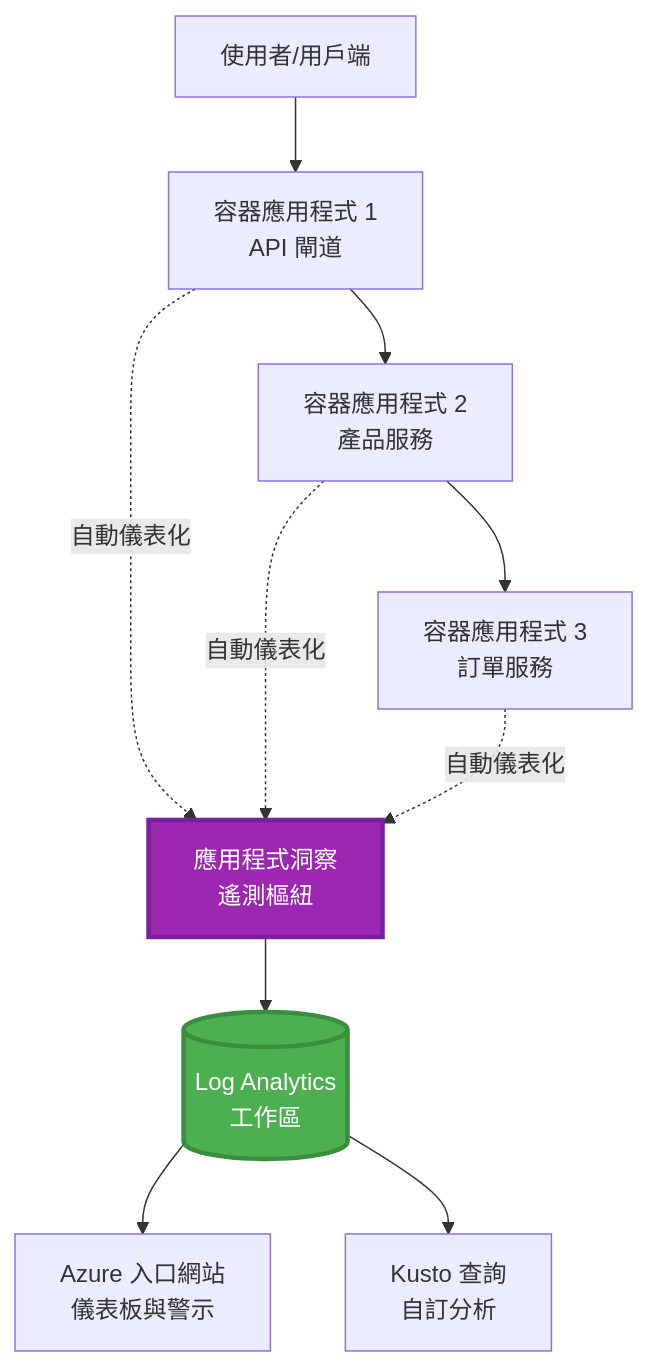
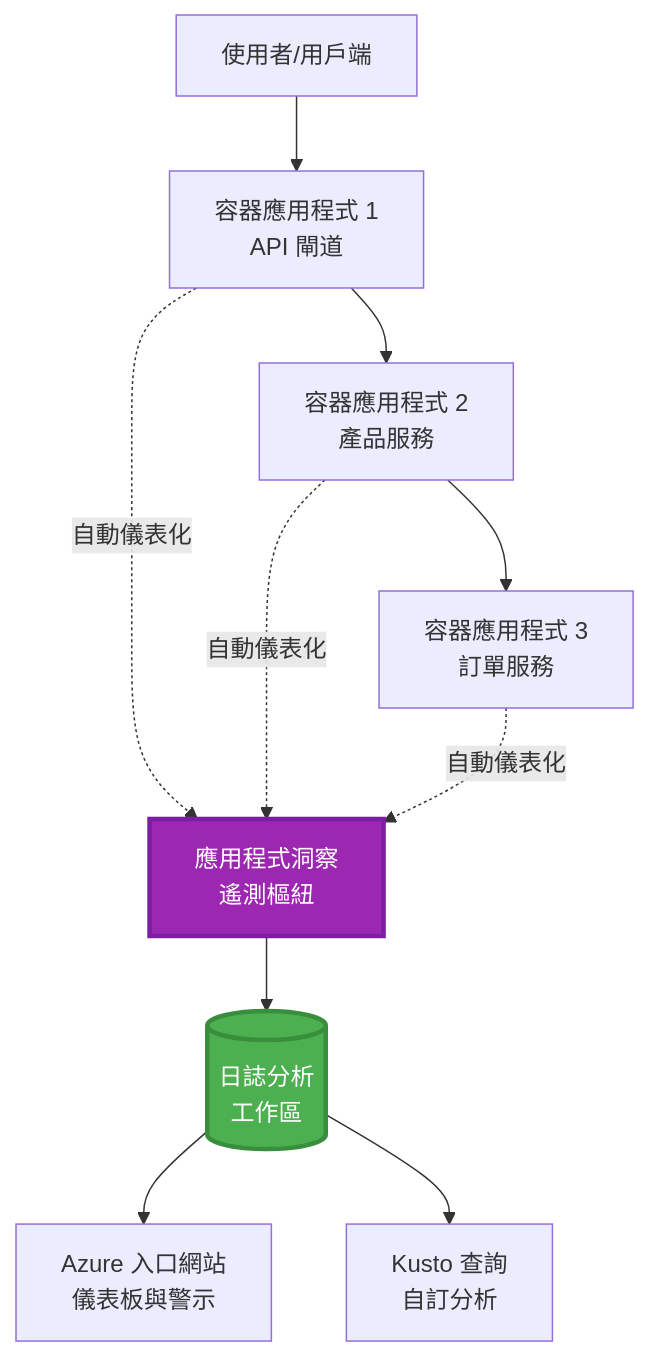
Before and after one commit to microsoft/AZD-for-beginners: the first of 2 diagrams in translations/zh-TW/docs/chapter-06-pre-deployment/application-insights.md, drawn with Mermaid. The commit also changed other lines of this file and 101 other files, not shown here.

````diff
--- a/translations/zh-TW/docs/chapter-06-pre-deployment/application-insights.md
+++ b/translations/zh-TW/docs/chapter-06-pre-deployment/application-insights.md
@@ -58,28 +58,28 @@
 ```mermaid
 graph TB
     User[使用者/用戶端]
     App1[容器應用程式 1<br/>API 閘道]
     App2[容器應用程式 2<br/>產品服務]
     App3[容器應用程式 3<br/>訂單服務]
     
     AppInsights[應用程式洞察<br/>遙測樞紐]
-    LogAnalytics[(Log Analytics<br/>工作區)]
+    LogAnalytics[(日誌分析<br/>工作區)]
     
     Portal[Azure 入口網站<br/>儀表板與警示]
     Query[Kusto 查詢<br/>自訂分析]
     
     User --> App1
     App1 --> App2
     App2 --> App3
     
     App1 -.->|自動儀表化| AppInsights
     App2 -.->|自動儀表化| AppInsights
     App3 -.->|自動儀表化| AppInsights
     
     AppInsights --> LogAnalytics
     LogAnalytics --> Portal
     LogAnalytics --> Query
     
     style AppInsights fill:#9C27B0,stroke:#7B1FA2,stroke-width:3px,color:#fff
     style LogAnalytics fill:#4CAF50,stroke:#388E3C,stroke-width:3px,color:#fff
 ```
````
